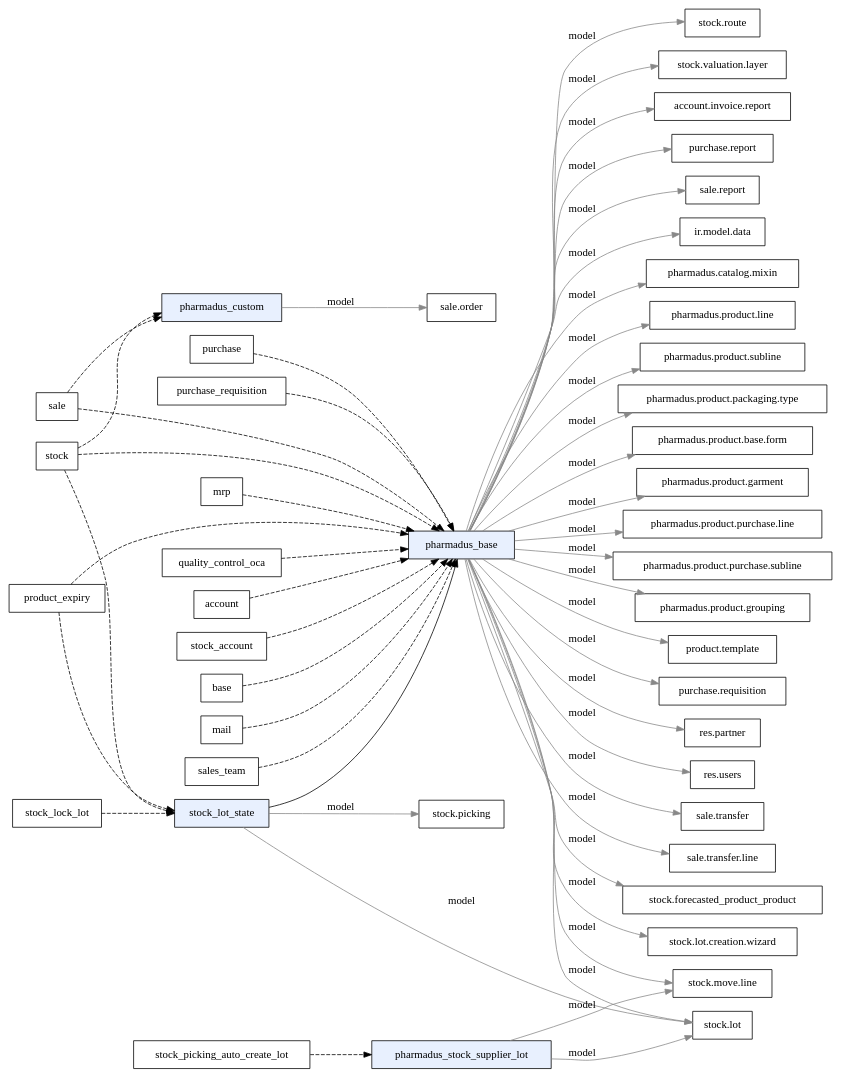
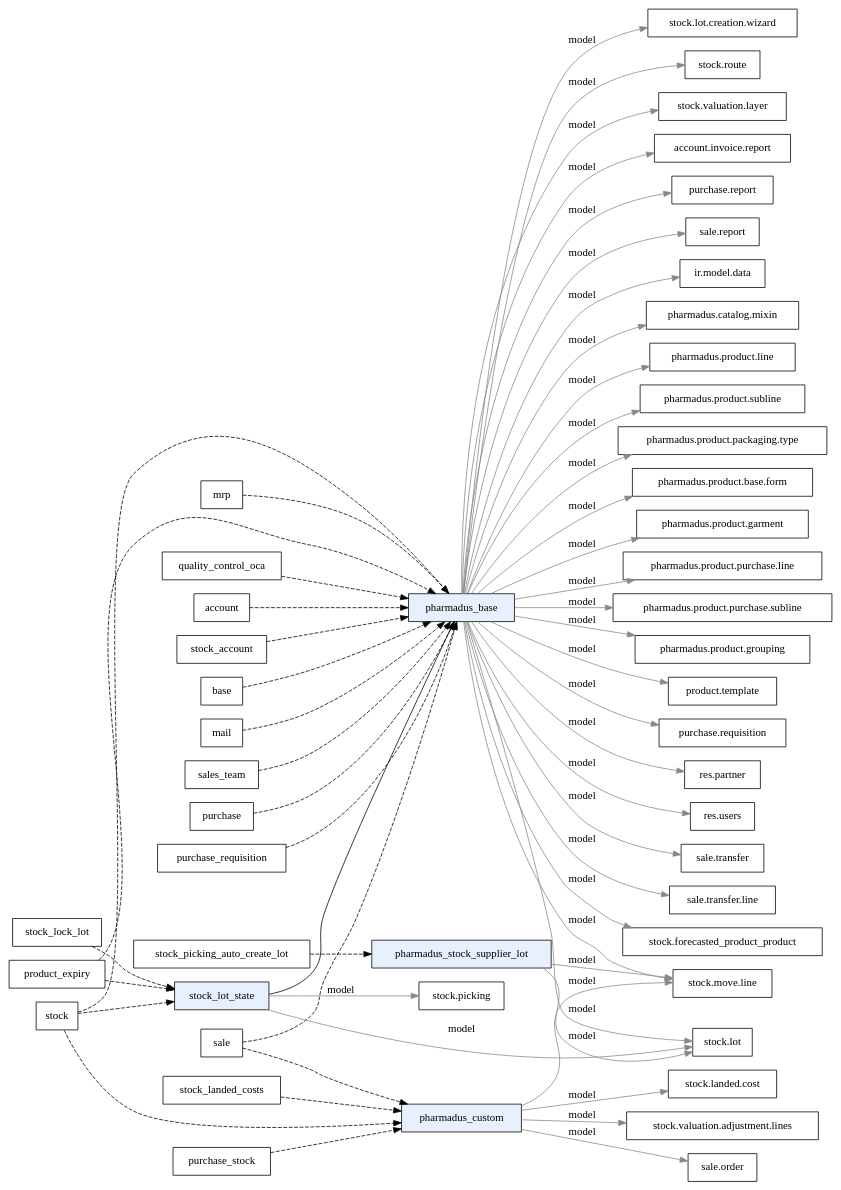
One commit to Ipharmadus/odoo changed the diagram in .skills/project-graph/graph/addons-dependencies.dot. Above: the diagram before and after it, drawn with Graphviz. The commit also changed 4 other files, not shown here.

```diff
--- a/.skills/project-graph/graph/addons-dependencies.dot
+++ b/.skills/project-graph/graph/addons-dependencies.dot
@@ -1,57 +1,62 @@
 digraph pharmadus_addons {
   rankdir=LR;
   node [shape=box];
   "pharmadus_base" [style=filled, fillcolor="#e8f0fe"];
   "base" -> "pharmadus_base" [style=dashed];
   "mail" -> "pharmadus_base" [style=dashed];
   "sales_team" -> "pharmadus_base" [style=dashed];
   "sale" -> "pharmadus_base" [style=dashed];
   "purchase" -> "pharmadus_base" [style=dashed];
   "purchase_requisition" -> "pharmadus_base" [style=dashed];
   "stock" -> "pharmadus_base" [style=dashed];
   "mrp" -> "pharmadus_base" [style=dashed];
   "stock_lot_state" -> "pharmadus_base" [style=solid];
   "product_expiry" -> "pharmadus_base" [style=dashed];
   "quality_control_oca" -> "pharmadus_base" [style=dashed];
   "account" -> "pharmadus_base" [style=dashed];
   "stock_account" -> "pharmadus_base" [style=dashed];
   "pharmadus_base" -> "ir.model.data" [label="model", color="#888888"];
   "pharmadus_base" -> "pharmadus.catalog.mixin" [label="model", color="#888888"];
   "pharmadus_base" -> "pharmadus.product.line" [label="model", color="#888888"];
   "pharmadus_base" -> "pharmadus.product.subline" [label="model", color="#888888"];
   "pharmadus_base" -> "pharmadus.product.packaging.type" [label="model", color="#888888"];
   "pharmadus_base" -> "pharmadus.product.base.form" [label="model", color="#888888"];
   "pharmadus_base" -> "pharmadus.product.garment" [label="model", color="#888888"];
   "pharmadus_base" -> "pharmadus.product.purchase.line" [label="model", color="#888888"];
   "pharmadus_base" -> "pharmadus.product.purchase.subline" [label="model", color="#888888"];
   "pharmadus_base" -> "pharmadus.product.grouping" [label="model", color="#888888"];
   "pharmadus_base" -> "product.template" [label="model", color="#888888"];
   "pharmadus_base" -> "purchase.requisition" [label="model", color="#888888"];
   "pharmadus_base" -> "res.partner" [label="model", color="#888888"];
   "pharmadus_base" -> "res.users" [label="model", color="#888888"];
   "pharmadus_base" -> "sale.transfer" [label="model", color="#888888"];
   "pharmadus_base" -> "sale.transfer.line" [label="model", color="#888888"];
   "pharmadus_base" -> "stock.forecasted_product_product" [label="model", color="#888888"];
   "pharmadus_base" -> "stock.lot" [label="model", color="#888888"];
   "pharmadus_base" -> "stock.lot.creation.wizard" [label="model", color="#888888"];
   "pharmadus_base" -> "stock.move.line" [label="model", color="#888888"];
   "pharmadus_base" -> "stock.route" [label="model", color="#888888"];
   "pharmadus_base" -> "stock.valuation.layer" [label="model", color="#888888"];
   "pharmadus_base" -> "account.invoice.report" [label="model", color="#888888"];
   "pharmadus_base" -> "purchase.report" [label="model", color="#888888"];
   "pharmadus_base" -> "sale.report" [label="model", color="#888888"];
   "pharmadus_custom" [style=filled, fillcolor="#e8f0fe"];
   "sale" -> "pharmadus_custom" [style=dashed];
   "stock" -> "pharmadus_custom" [style=dashed];
+  "purchase_stock" -> "pharmadus_custom" [style=dashed];
+  "stock_landed_costs" -> "pharmadus_custom" [style=dashed];
   "pharmadus_custom" -> "sale.order" [label="model", color="#888888"];
+  "pharmadus_custom" -> "stock.landed.cost" [label="model", color="#888888"];
+  "pharmadus_custom" -> "stock.move.line" [label="model", color="#888888"];
+  "pharmadus_custom" -> "stock.valuation.adjustment.lines" [label="model", color="#888888"];
   "pharmadus_stock_supplier_lot" [style=filled, fillcolor="#e8f0fe"];
   "stock_picking_auto_create_lot" -> "pharmadus_stock_supplier_lot" [style=dashed];
   "pharmadus_stock_supplier_lot" -> "stock.lot" [label="model", color="#888888"];
   "pharmadus_stock_supplier_lot" -> "stock.move.line" [label="model", color="#888888"];
   "stock_lot_state" [style=filled, fillcolor="#e8f0fe"];
   "stock" -> "stock_lot_state" [style=dashed];
   "product_expiry" -> "stock_lot_state" [style=dashed];
   "stock_lock_lot" -> "stock_lot_state" [style=dashed];
   "stock_lot_state" -> "stock.lot" [label="model", color="#888888"];
   "stock_lot_state" -> "stock.picking" [label="model", color="#888888"];
 }
```
